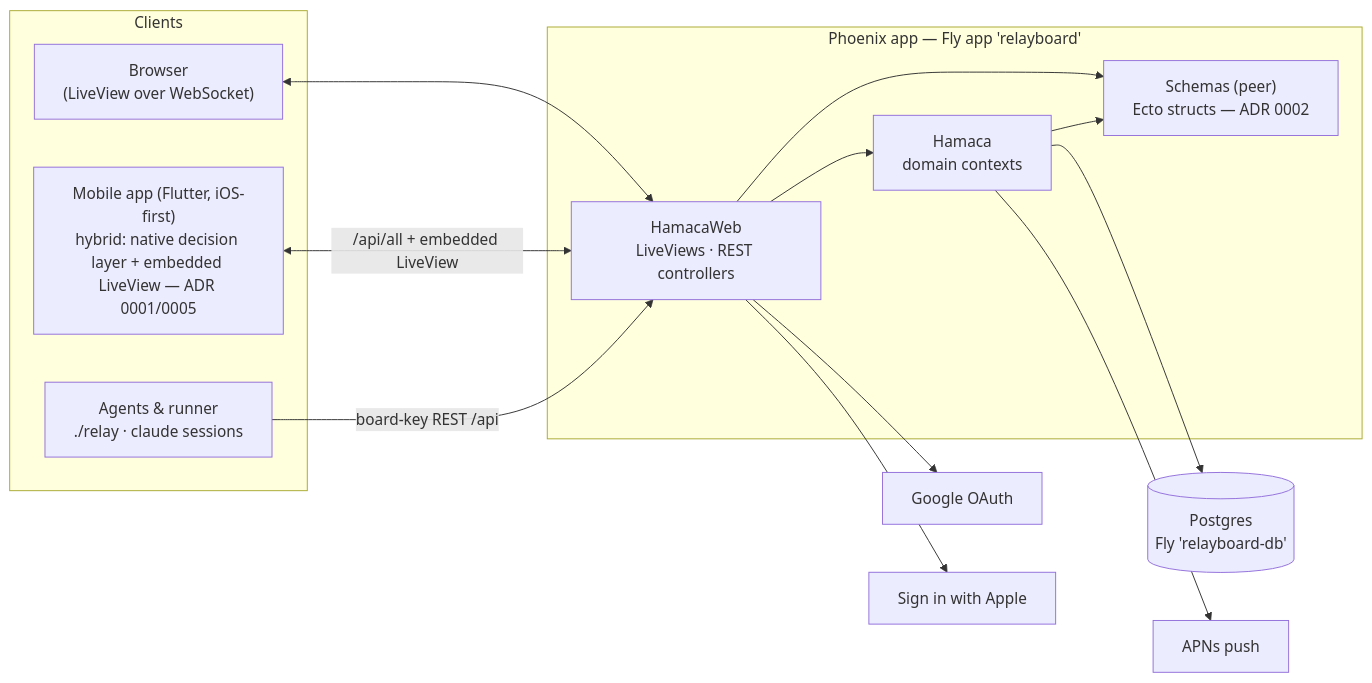
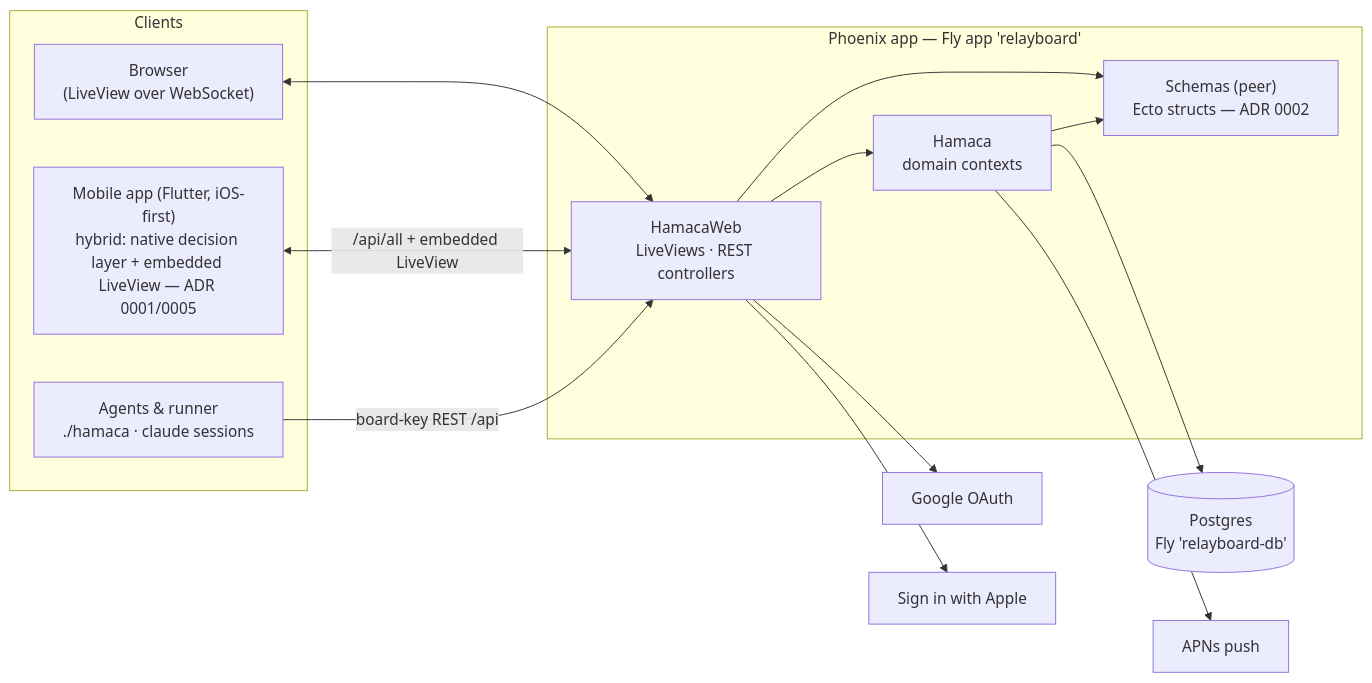
One commit to jeremylightsmith/relay changed the diagram in docs/architecture/README.md. Above: the diagram before and after it, drawn with Mermaid. The commit also changed other lines of this file and 90 other files, not shown here.

First line of the commit message:
RE478 Rename the runner to ./hamaca with a compatibility window

````diff
--- a/docs/architecture/README.md
+++ b/docs/architecture/README.md
@@ -15,27 +15,27 @@
 ```mermaid
 flowchart LR
     subgraph client["Clients"]
         browser["Browser<br/>(LiveView over WebSocket)"]
         mobile["Mobile app (Flutter, iOS-first)<br/>hybrid: native decision layer + embedded LiveView — ADR 0001/0005"]
-        agents["Agents & runner<br/>./relay · claude sessions"]
+        agents["Agents & runner<br/>./hamaca · claude sessions"]
     end
     subgraph fly["Phoenix app — Fly app 'relayboard'"]
         web["HamacaWeb<br/>LiveViews · REST controllers"]
         domain["Hamaca<br/>domain contexts"]
         schemas["Schemas (peer)<br/>Ecto structs — ADR 0002"]
         web --> domain
         web --> schemas
         domain --> schemas
     end
     pg[("Postgres<br/>Fly 'relayboard-db'")]
     google["Google OAuth"]
     apple["Sign in with Apple"]
     apns["APNs push"]
     browser <--> web
     mobile <-- "/api/all + embedded LiveView" --> web
     agents -- "board-key REST /api" --> web
     domain --> pg
     web --> google
     web --> apple
     domain --> apns
 ```
````
